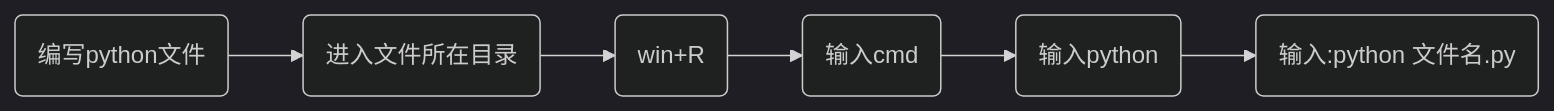
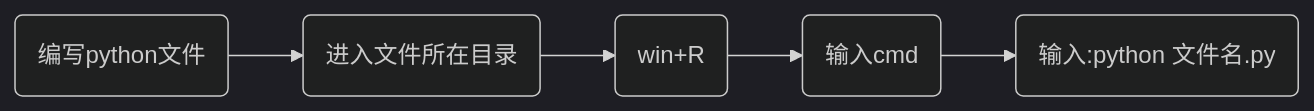
The diagram in python.md (hunyiha/python-guide), drawn with Mermaid (dark theme) before and after one commit. The commit also changed other lines of this file and 3 other files, not shown here.

````diff
--- a/python.md
+++ b/python.md
@@ -55,8 +55,7 @@
 ```mermaid
 graph LR
 A(编写python文件)-->B(进入文件所在目录)
 B-->C(win+R)
 C-->D(输入cmd)
-D-->E(输入python)
-E-->F(输入:python 文件名.py)
+D-->E(输入:python 文件名.py)
 ```
````
